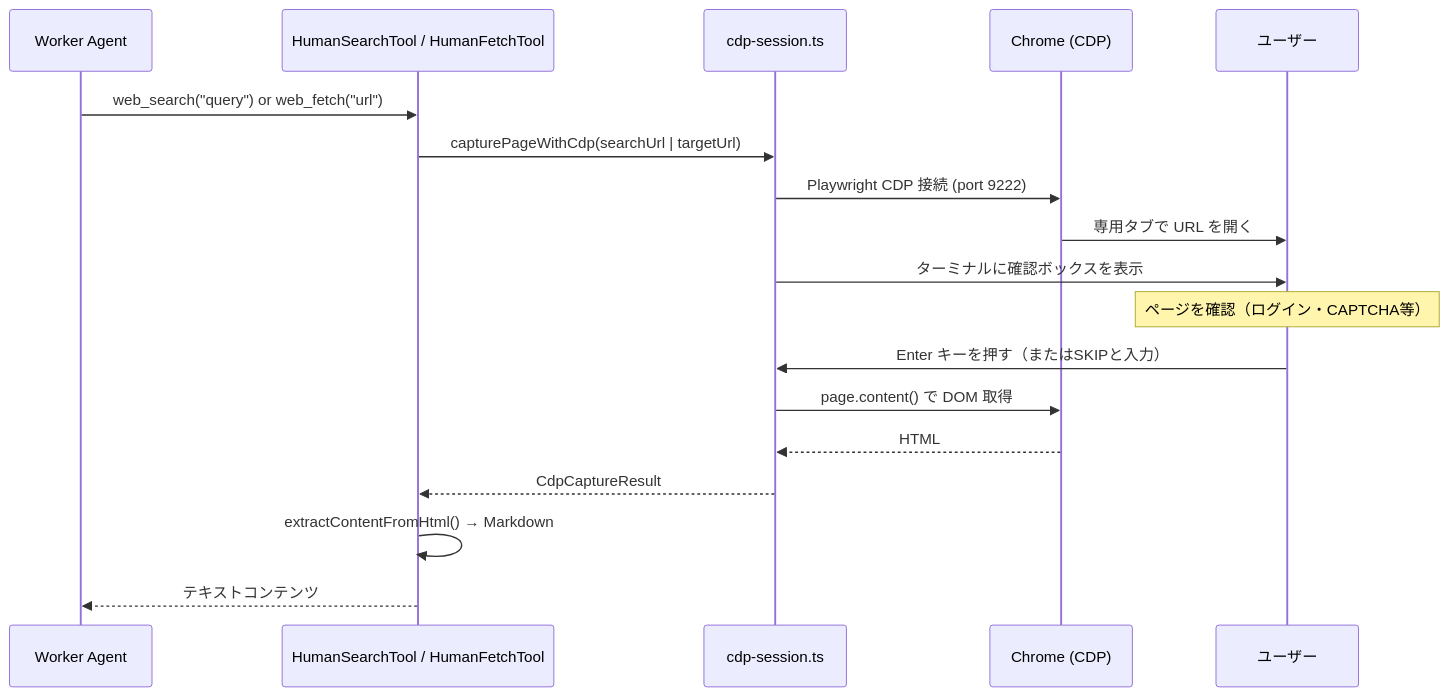
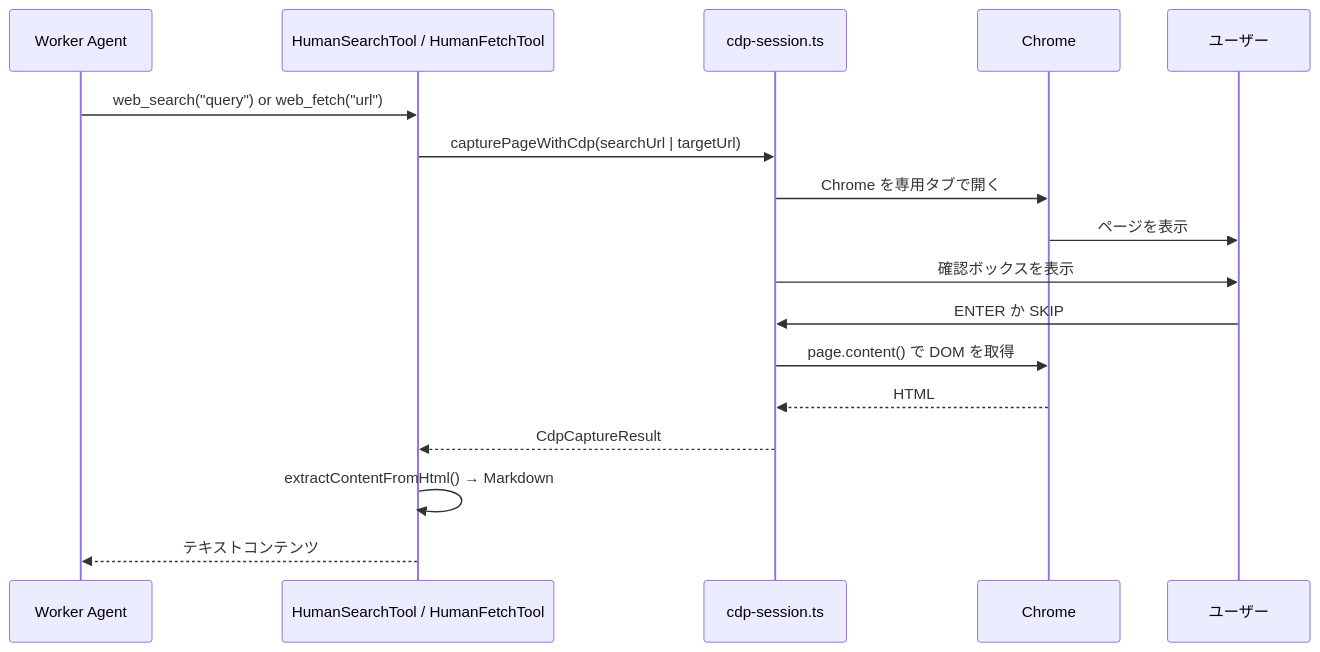
The diagram in docs/human-mode.md (drogo-baggins/multi_agent), drawn with Mermaid before and after one commit. The commit also changed other lines of this file and 31 other files, not shown here.

````diff
--- a/docs/human-mode.md
+++ b/docs/human-mode.md
@@ -7,21 +278,20 @@
 ```mermaid
 sequenceDiagram
     participant W as Worker Agent
     participant T as HumanSearchTool / HumanFetchTool
     participant C as cdp-session.ts
-    participant B as Chrome (CDP)
+    participant B as Chrome
     participant U as ユーザー
 
     W->>T: web_search("query") or web_fetch("url")
     T->>C: capturePageWithCdp(searchUrl | targetUrl)
-    C->>B: Playwright CDP 接続 (port 9222)
-    B->>U: 専用タブで URL を開く
-    C->>U: ターミナルに確認ボックスを表示
-    Note over U: ページを確認（ログイン・CAPTCHA等）
-    U->>C: Enter キーを押す（またはSKIPと入力）
-    C->>B: page.content() で DOM 取得
+    C->>B: Chrome を専用タブで開く
+    B->>U: ページを表示
+    C->>U: 確認ボックスを表示
+    U->>C: ENTER か SKIP
+    C->>B: page.content() で DOM を取得
     B-->>C: HTML
     C-->>T: CdpCaptureResult
     T->>T: extractContentFromHtml() → Markdown
     T-->>W: テキストコンテンツ
 ```
````
